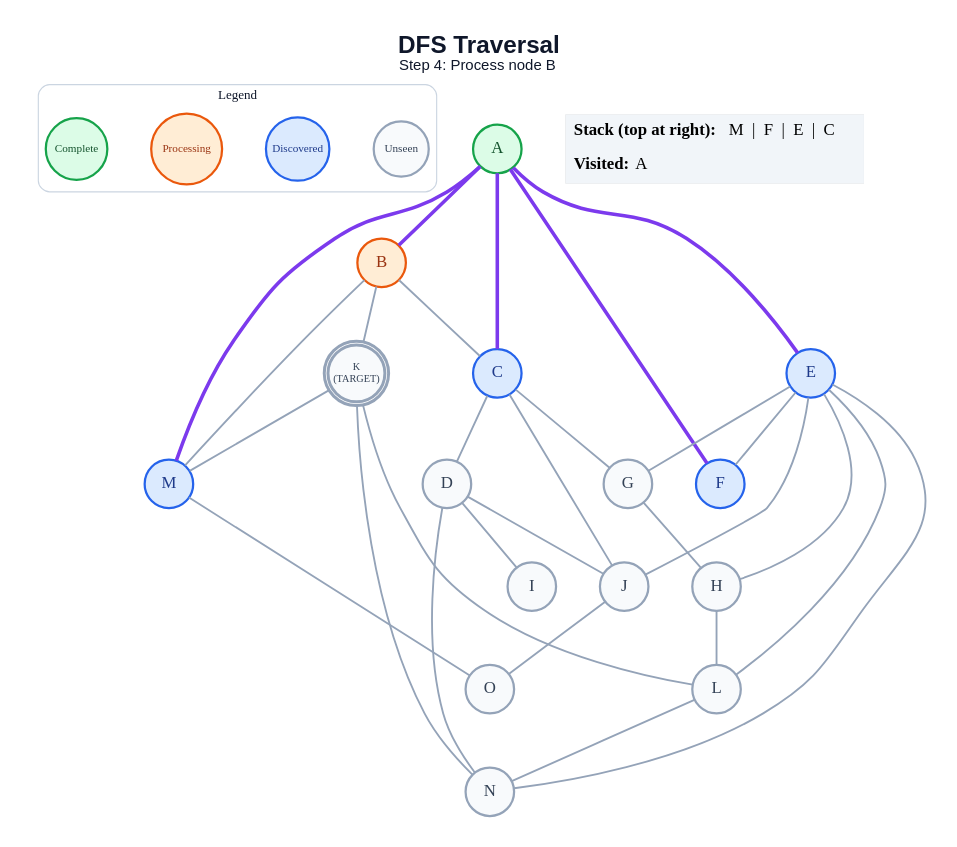
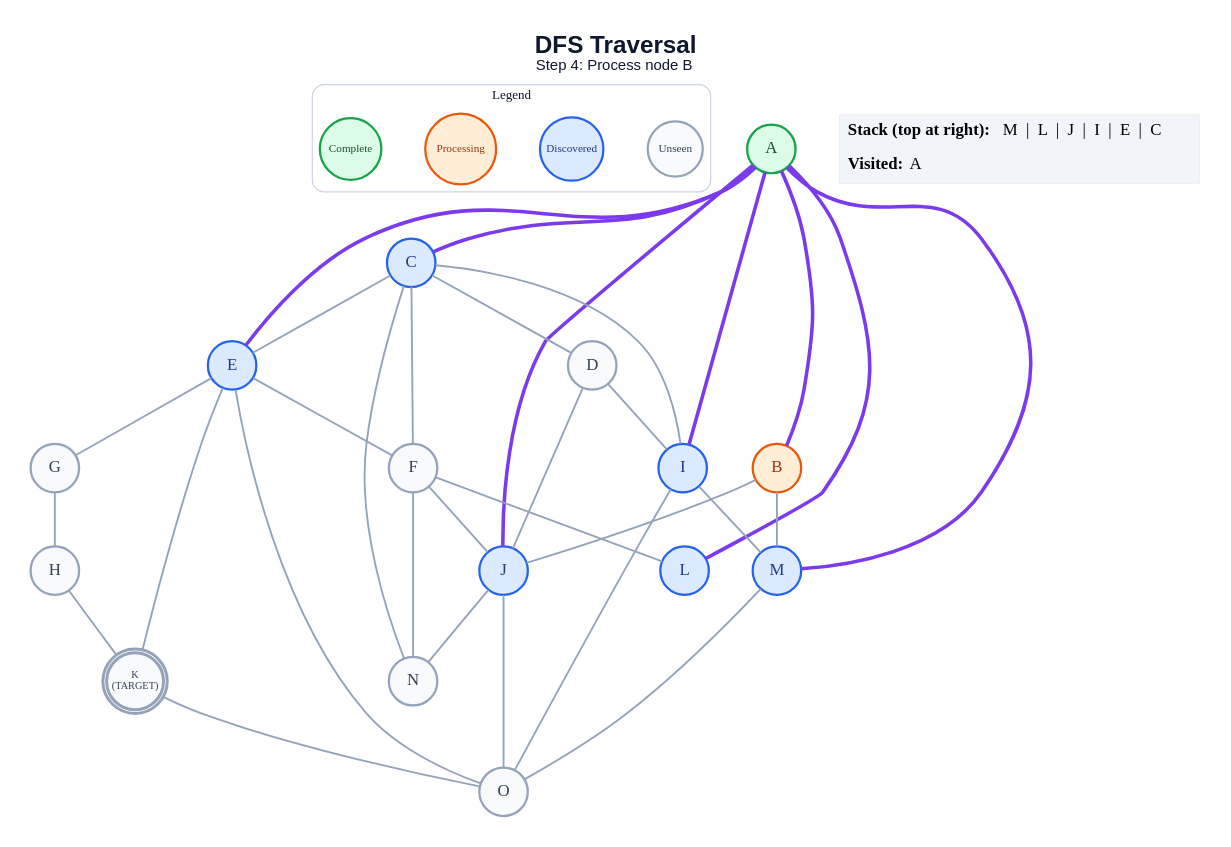
Before and after one commit to anon7238593-create/ai-slop: the diagram in generated/dfs/step_04.dot, drawn with Graphviz. The commit also changed 264 other files, not shown here.

```diff
--- a/generated/dfs/step_04.dot
+++ b/generated/dfs/step_04.dot
@@ -1,62 +1,65 @@
 graph traversal {
   graph [layout=dot, rankdir=TB, bgcolor="#FFFFFF", pad="0.35", nodesep="0.65", ranksep="0.8", fontname="Arial"];
   node [shape=circle, style="filled", fontname="Arial Bold", fontsize=18, width=0.72, fixedsize=true, penwidth=2.4];
   edge [color="#94A3B8", penwidth=2.0];
   label=<<B>DFS Traversal</B><BR/><FONT POINT-SIZE="16">Step 4: Process node B</FONT>>; labelloc="t"; fontsize=26; fontname="Arial"; fontcolor="#0F172A";
   subgraph cluster_legend { label="Legend"; color="#CBD5E1"; penwidth=1.2; style="rounded"; fontsize=14; fontname="Arial Bold";
     key_unseen [label="Unseen", fillcolor="#F8FAFC", color="#94A3B8", fontcolor="#334155", fontsize=12, width=0.82];
     key_frontier [label="Discovered", fillcolor="#DBEAFE", color="#2563EB", fontcolor="#1E3A8A", fontsize=12, width=0.95];
     key_current [label="Processing", fillcolor="#FFEDD5", color="#EA580C", fontcolor="#9A3412", fontsize=12, width=1.05];
     key_done [label="Complete", fillcolor="#DCFCE7", color="#16A34A", fontcolor="#14532D", fontsize=12, width=0.92];
     { rank=same; key_unseen; key_frontier; key_current; key_done; }
   }
   A [label="A", fillcolor="#DCFCE7", color="#16A34A", fontcolor="#14532D", peripheries=1, penwidth=2.4];
   B [label="B", fillcolor="#FFEDD5", color="#EA580C", fontcolor="#9A3412", peripheries=1, penwidth=2.4];
   C [label="C", fillcolor="#DBEAFE", color="#2563EB", fontcolor="#1E3A8A", peripheries=1, penwidth=2.4];
   D [label="D", fillcolor="#F8FAFC", color="#94A3B8", fontcolor="#334155", peripheries=1, penwidth=2.4];
   E [label="E", fillcolor="#DBEAFE", color="#2563EB", fontcolor="#1E3A8A", peripheries=1, penwidth=2.4];
-  F [label="F", fillcolor="#DBEAFE", color="#2563EB", fontcolor="#1E3A8A", peripheries=1, penwidth=2.4];
+  F [label="F", fillcolor="#F8FAFC", color="#94A3B8", fontcolor="#334155", peripheries=1, penwidth=2.4];
   G [label="G", fillcolor="#F8FAFC", color="#94A3B8", fontcolor="#334155", peripheries=1, penwidth=2.4];
   H [label="H", fillcolor="#F8FAFC", color="#94A3B8", fontcolor="#334155", peripheries=1, penwidth=2.4];
-  I [label="I", fillcolor="#F8FAFC", color="#94A3B8", fontcolor="#334155", peripheries=1, penwidth=2.4];
-  J [label="J", fillcolor="#F8FAFC", color="#94A3B8", fontcolor="#334155", peripheries=1, penwidth=2.4];
+  I [label="I", fillcolor="#DBEAFE", color="#2563EB", fontcolor="#1E3A8A", peripheries=1, penwidth=2.4];
+  J [label="J", fillcolor="#DBEAFE", color="#2563EB", fontcolor="#1E3A8A", peripheries=1, penwidth=2.4];
   K [label="K\n(TARGET)", fillcolor="#F8FAFC", color="#94A3B8", fontcolor="#334155", peripheries=2, penwidth=3.2, fontsize=11, width=0.85, height=0.85];
-  L [label="L", fillcolor="#F8FAFC", color="#94A3B8", fontcolor="#334155", peripheries=1, penwidth=2.4];
+  L [label="L", fillcolor="#DBEAFE", color="#2563EB", fontcolor="#1E3A8A", peripheries=1, penwidth=2.4];
   M [label="M", fillcolor="#DBEAFE", color="#2563EB", fontcolor="#1E3A8A", peripheries=1, penwidth=2.4];
   N [label="N", fillcolor="#F8FAFC", color="#94A3B8", fontcolor="#334155", peripheries=1, penwidth=2.4];
   O [label="O", fillcolor="#F8FAFC", color="#94A3B8", fontcolor="#334155", peripheries=1, penwidth=2.4];
   A -- B [color="#7C3AED", penwidth=3.8];
   A -- C [color="#7C3AED", penwidth=3.8];
   A -- E [color="#7C3AED", penwidth=3.8];
-  A -- F [color="#7C3AED", penwidth=3.8];
+  A -- I [color="#7C3AED", penwidth=3.8];
+  A -- J [color="#7C3AED", penwidth=3.8];
+  A -- L [color="#7C3AED", penwidth=3.8];
   A -- M [color="#7C3AED", penwidth=3.8];
-  B -- C;
-  B -- K;
+  B -- J;
   B -- M;
   C -- D;
-  C -- G;
-  C -- J;
+  C -- E;
+  C -- F;
+  C -- I;
+  C -- N;
   D -- I;
   D -- J;
-  D -- N;
   E -- F;
   E -- G;
-  E -- H;
-  E -- J;
-  E -- L;
-  E -- N;
+  E -- K;
+  E -- O;
+  F -- J;
+  F -- L;
+  F -- N;
   G -- H;
-  H -- L;
+  H -- K;
+  I -- M;
+  I -- O;
+  J -- N;
   J -- O;
-  K -- L;
-  K -- M;
-  K -- N;
-  L -- N;
+  K -- O;
   M -- O;
   status [shape=plain, fixedsize=false, width=0, height=0, margin=0, label=<
     <TABLE BORDER="0" CELLBORDER="0" CELLPADDING="7" BGCOLOR="#F1F5F9">
-      <TR><TD ALIGN="LEFT"><B>Stack (top at right):</B> M  |  F  |  E  |  C</TD></TR>
+      <TR><TD ALIGN="LEFT"><B>Stack (top at right):</B> M  |  L  |  J  |  I  |  E  |  C</TD></TR>
       <TR><TD ALIGN="LEFT"><B>Visited:</B> A</TD></TR>
     </TABLE>
   >];
 }
```
